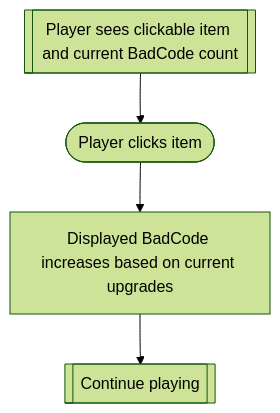
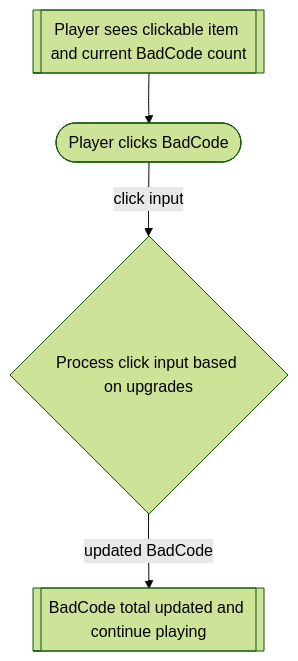
Before and after one commit to MoulikB/2452-project: the first of 2 diagrams in flows.md, drawn with Mermaid (forest theme). The commit also changed other lines of this file, not shown here.

Commit message:
Updated flows

````diff
--- a/flows.md
+++ b/flows.md
@@ -20,9 +20,12 @@
 ```mermaid
 flowchart TD
     view[[Player sees clickable item and current BadCode count]]
-    clickButton([Player clicks item])
-    update[Displayed BadCode increases based on current upgrades]
-    endClick[[Continue playing]]
+    clickItem([Player clicks BadCode])
+    process{Process click input based on upgrades}
+    endClick[[BadCode total updated and continue playing]]
 
-    view --> clickButton --> update --> endClick
+    view --> clickItem
+    clickItem -- click input --> process
+    process -- updated BadCode --> endClick
+
 ```
````
